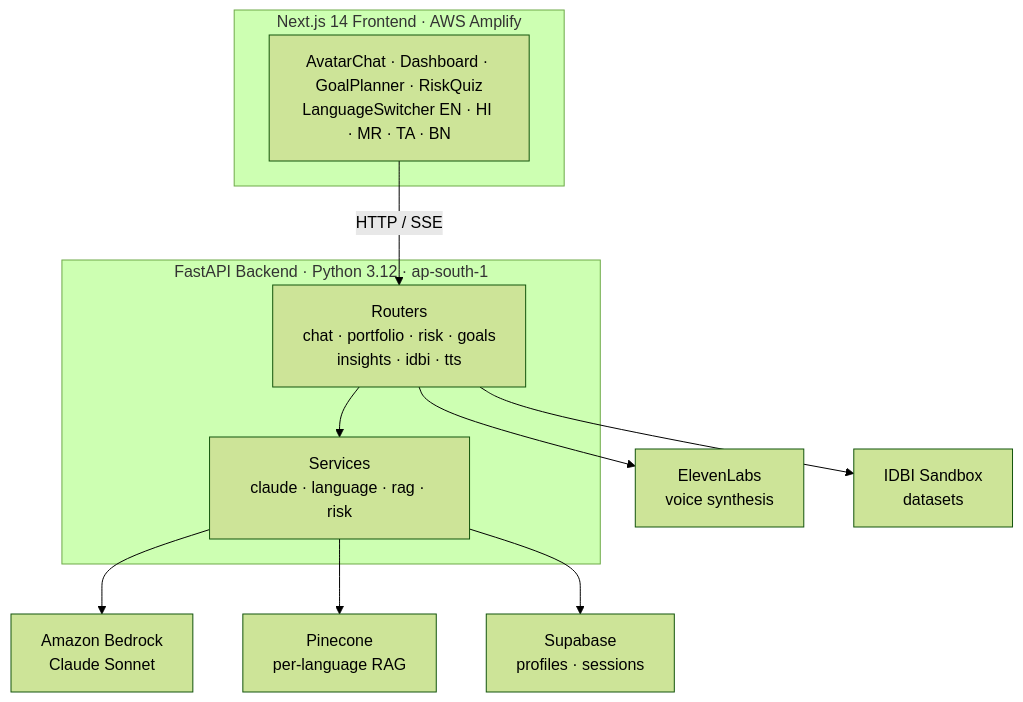
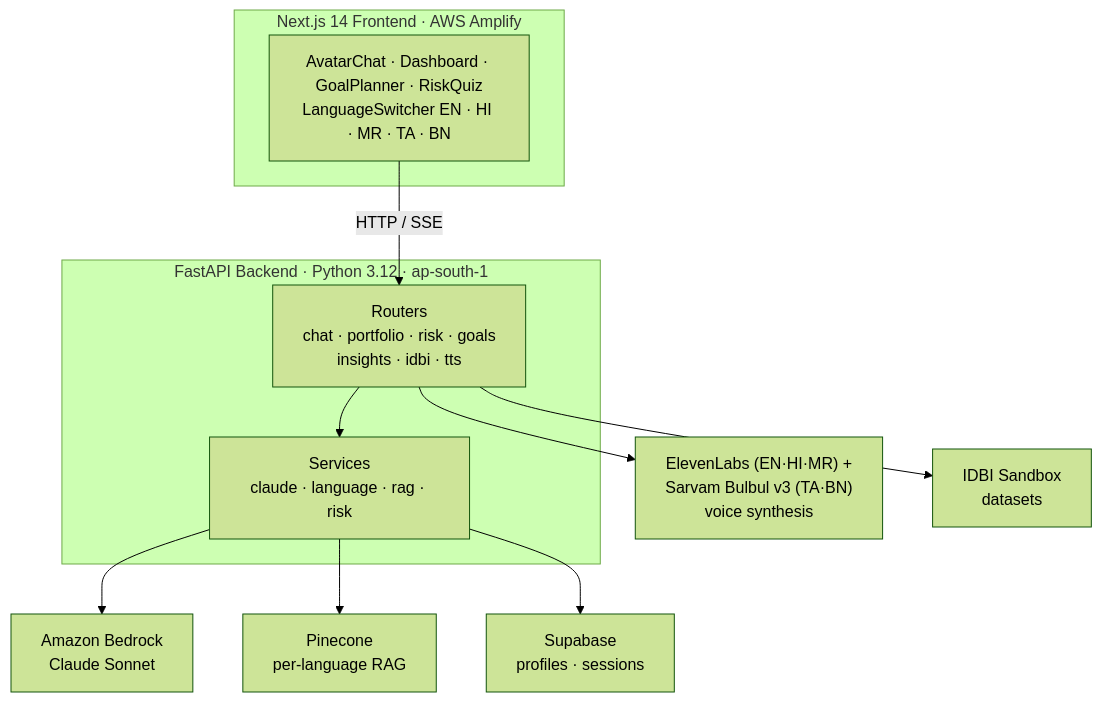
The diagram in README.md (omkar-platform-ai/wealthseva-ai), drawn with Mermaid (forest theme) before and after one commit. The commit also changed other lines of this file and 3 other files, not shown here.

First line of the commit message:
feat(tts): route Tamil & Bengali voices to Sarvam Bulbul v3 [WEA-78]

````diff
--- a/README.md
+++ b/README.md
@@ -78,25 +78,25 @@
 ```mermaid
 graph TD
     subgraph FE["Next.js 14 Frontend · AWS Amplify"]
         UI["AvatarChat · Dashboard · GoalPlanner · RiskQuiz<br/>LanguageSwitcher EN · HI · MR · TA · BN"]
     end
 
     subgraph BE["FastAPI Backend · Python 3.12 · ap-south-1"]
         RT["Routers<br/>chat · portfolio · risk · goals<br/>insights · idbi · tts"]
         SV["Services<br/>claude · language · rag · risk"]
     end
 
     BR["Amazon Bedrock<br/>Claude Sonnet"]
-    EL["ElevenLabs<br/>voice synthesis"]
+    EL["ElevenLabs (EN·HI·MR) +<br/>Sarvam Bulbul v3 (TA·BN)<br/>voice synthesis"]
     PC["Pinecone<br/>per-language RAG"]
     SB["Supabase<br/>profiles · sessions"]
     IDBI["IDBI Sandbox<br/>datasets"]
 
     UI -->|HTTP / SSE| RT
     RT --> SV
     SV --> BR
     SV --> PC
     SV --> SB
     RT --> EL
     RT --> IDBI
 ```
````
